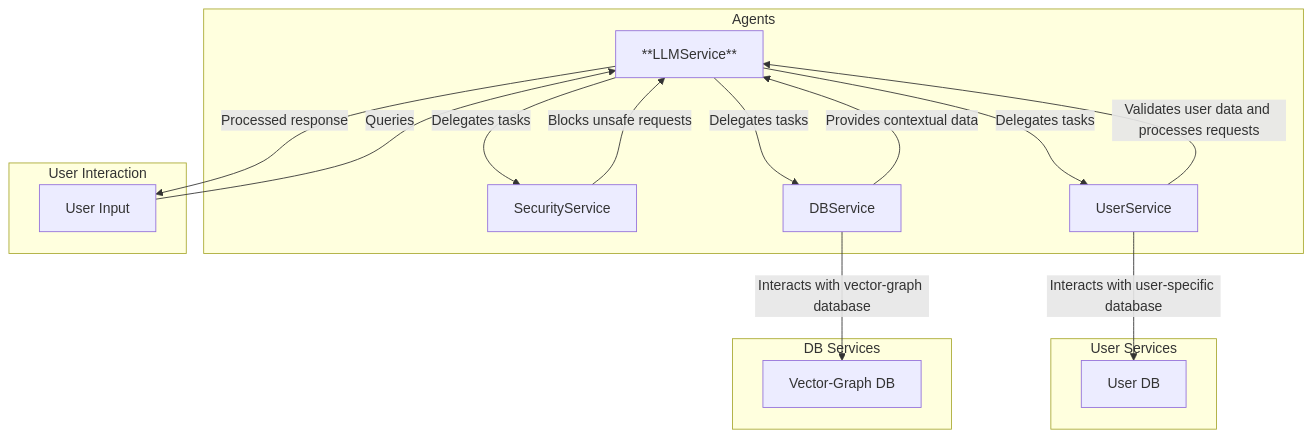
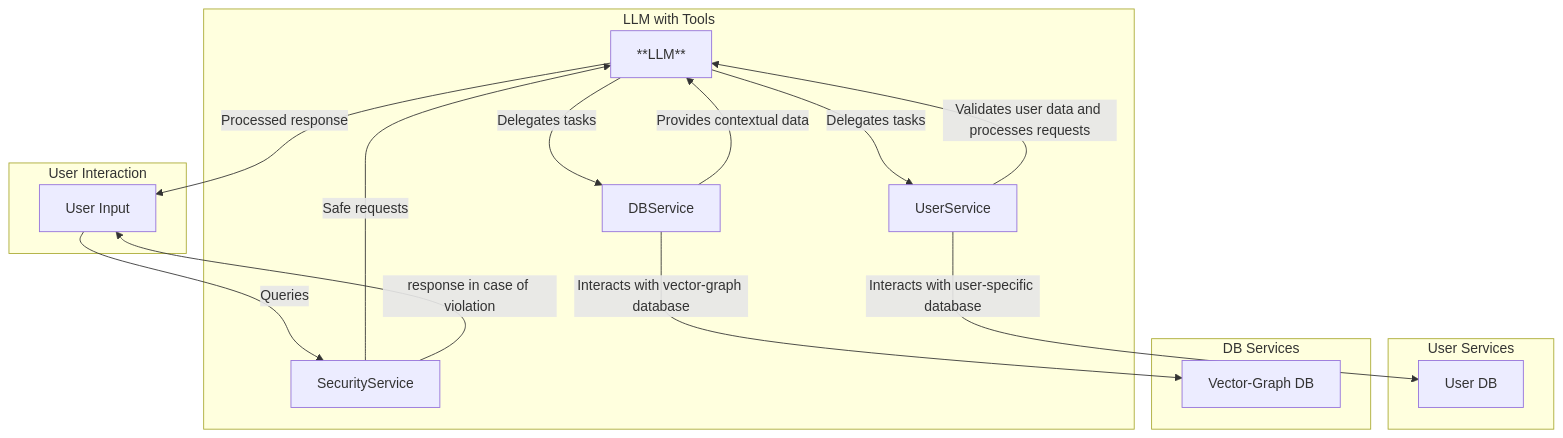
The diagram in agents.md (Bataevk/smart-consultant-llm), drawn with Mermaid before and after one commit. The commit also changed other lines of this file and 3 other files, not shown here.

Commit message:
using tools LLM

````diff
--- a/agents.md
+++ b/agents.md
@@ -1,24 +1,24 @@
 ```mermaid
 graph TD
-    subgraph Agents
-        A[**LLMService**] -->|Delegates tasks| B[SecurityService]
-        A -->|Delegates tasks| C[UserService]
+    subgraph LLM with Tools
+        A[**LLM**] -->|Delegates tasks| C[UserService]
         A -->|Delegates tasks| D[DBService]
         C -->|Validates user data and processes requests| A
-        B -->|Blocks unsafe requests| A
+        S[SecurityService] -->|Safe requests| A
         D -->|Provides contextual data| A
     end
 
     subgraph User Services
         C -->|Interacts with user-specific database| E[User DB]
     end
 
     subgraph DB Services
         D -->|Interacts with vector-graph database| F[Vector-Graph DB]
     end
 
     subgraph User Interaction
-        U[User Input] -->|Queries| A
+        U[User Input] -->|Queries| S
         A -->|Processed response| U
+        S --> |response in case of violation| U
     end
 ```
````
